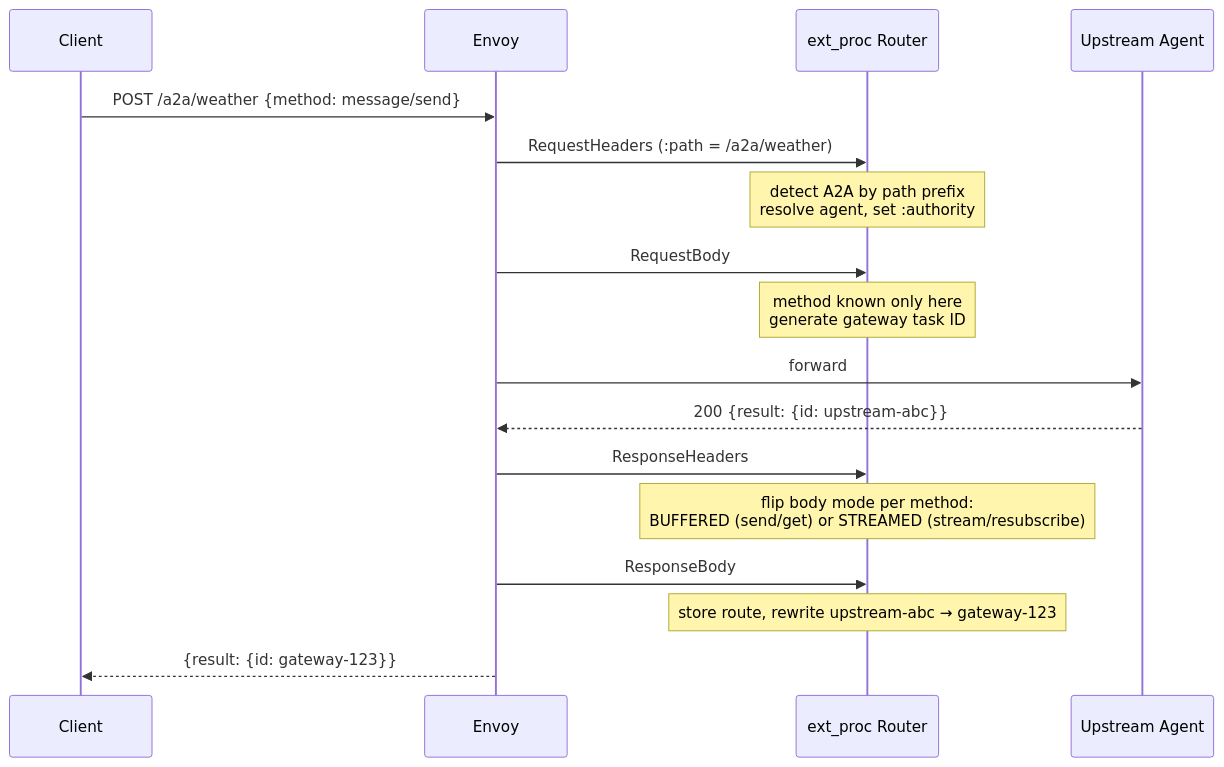
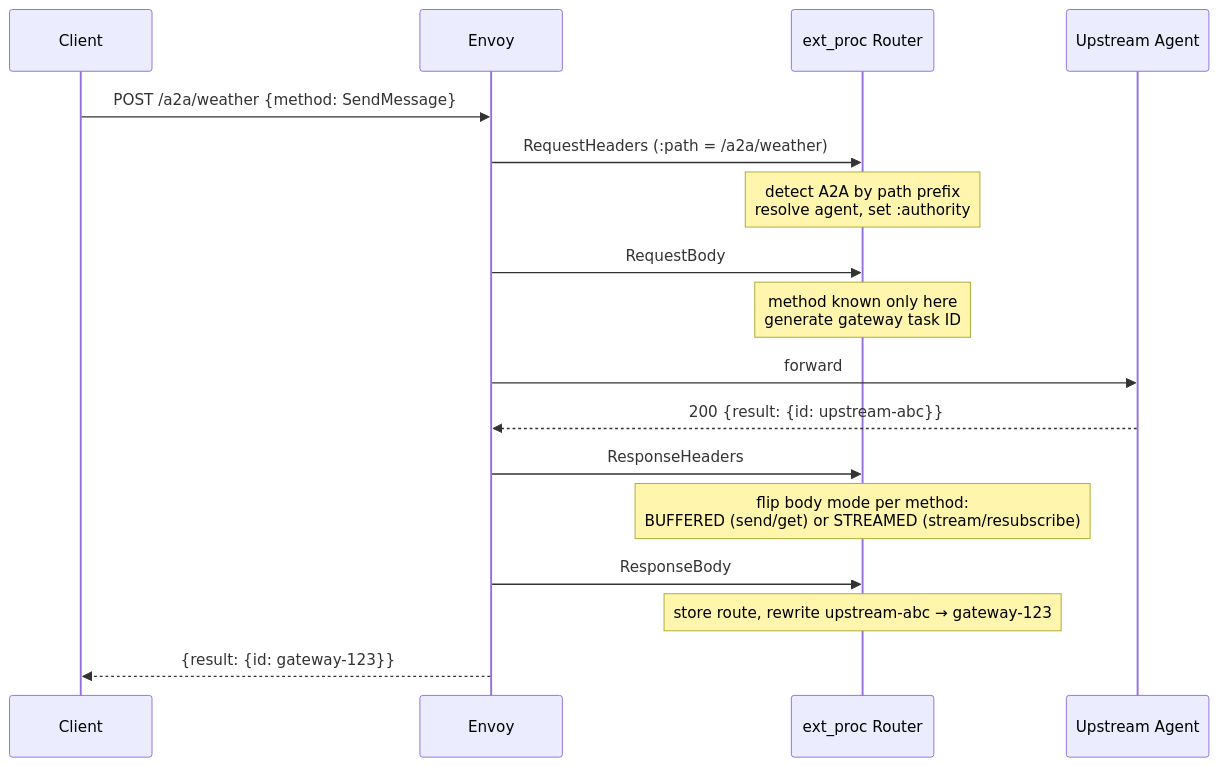
Before and after one commit to Aman-Cool/A2A-Agent2Agent-protocol: the third of 5 diagrams in README.md, drawn with Mermaid. The commit also changed other lines of this file, not shown here.

Commit message:
docs: update readme with sync, discovery progress, and v1.0 method names

````diff
--- a/README.md
+++ b/README.md
@@ -97,20 +97,20 @@
 ```mermaid
 sequenceDiagram
     participant Client
     participant Envoy
     participant Router as ext_proc Router
     participant Agent as Upstream Agent
 
-    Client->>Envoy: POST /a2a/weather {method: message/send}
+    Client->>Envoy: POST /a2a/weather {method: SendMessage}
     Envoy->>Router: RequestHeaders (:path = /a2a/weather)
     Note over Router: detect A2A by path prefix<br/>resolve agent, set :authority
     Envoy->>Router: RequestBody
     Note over Router: method known only here<br/>generate gateway task ID
     Envoy->>Agent: forward
     Agent-->>Envoy: 200 {result: {id: upstream-abc}}
     Envoy->>Router: ResponseHeaders
     Note over Router: flip body mode per method:<br/>BUFFERED (send/get) or STREAMED (stream/resubscribe)
     Envoy->>Router: ResponseBody
     Note over Router: store route, rewrite upstream-abc → gateway-123
     Envoy-->>Client: {result: {id: gateway-123}}
 ```
````
